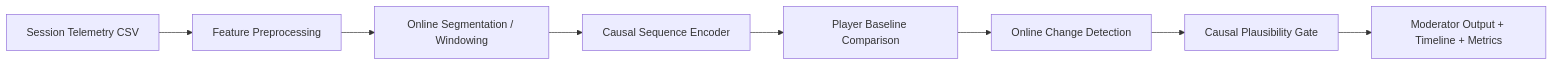
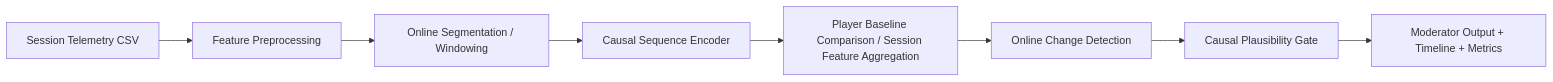
The diagram in Section_2_Architecture_Workflow.md (DylanSuniaga/NoScopeAIProject), drawn with Mermaid before and after one commit. The commit also changed other lines of this file and 151 other files, not shown here.

````diff
--- a/Section_2_Architecture_Workflow.md
+++ b/Section_2_Architecture_Workflow.md
@@ -26,10 +48,10 @@
 ```mermaid
 flowchart LR
     A["Session Telemetry CSV"] --> B["Feature Preprocessing"]
     B --> C["Online Segmentation / Windowing"]
     C --> D["Causal Sequence Encoder"]
-    D --> E["Player Baseline Comparison"]
+    D --> E["Player Baseline Comparison / Session Feature Aggregation"]
     E --> F["Online Change Detection"]
     F --> G["Causal Plausibility Gate"]
     G --> H["Moderator Output + Timeline + Metrics"]
 ```
````
